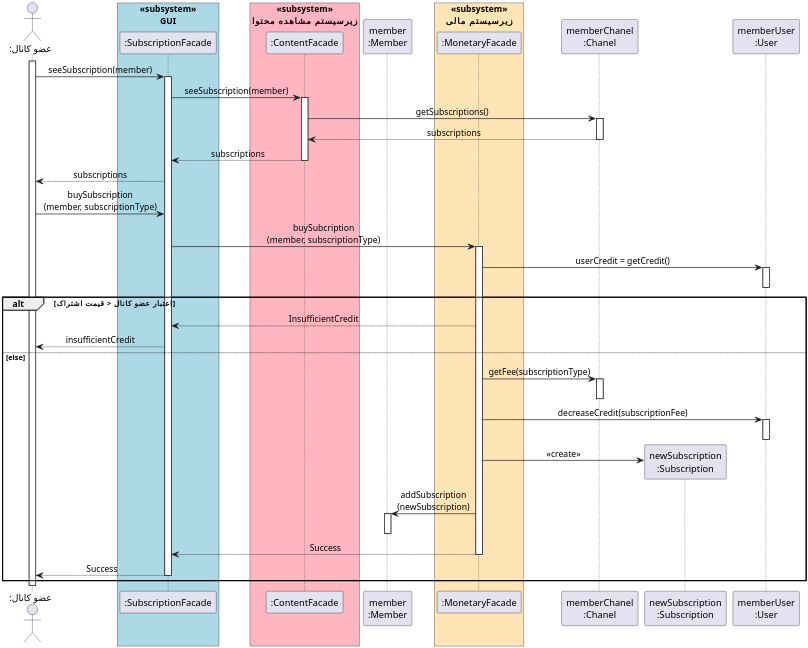
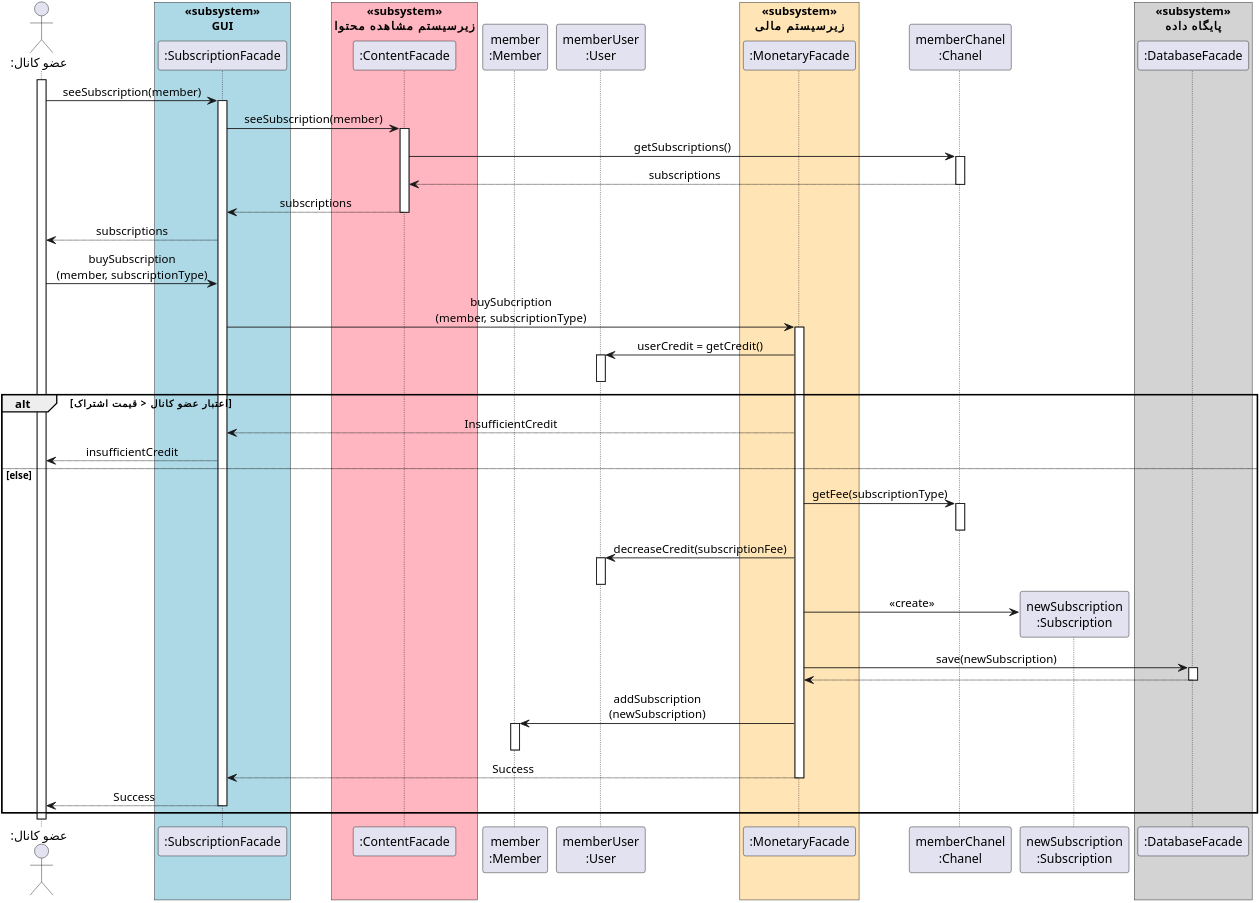
One commit to soleyman79/Qasedak changed the diagram in Diagrams/Design Sequence/BuySubscription.puml. Above: the diagram before and after it, drawn with PlantUML. The commit also changed 2 other files, not shown here.

```diff
--- a/Diagrams/Design Sequence/BuySubscription.puml
+++ b/Diagrams/Design Sequence/BuySubscription.puml
@@ -1,68 +1,75 @@
 @startuml buy_subscription
 
 
-scale 3
+scale 4
 skinparam DefaultFontName Vazir
 skinparam DefaultTextAlignment center
 
 
 actor ":عضو کانال" as member
 box "«subsystem»\nGUI" #LightBlue
 participant ":SubscriptionFacade" as ui
 end box
 box "«subsystem»\nزیرسیستم مشاهده محتوا" #LightPink
 participant ":ContentFacade" as contentFacade
 end box
 participant "member\n:Member" as memberObj
+participant "memberUser\n:User" as user
 box "«subsystem»\nزیرسیستم مالی" #Moccasin
 participant ":MonetaryFacade" as monetary
 end box
 participant "memberChanel\n:Chanel" as chanel
 participant "newSubscription\n:Subscription" as subscription
-participant "memberUser\n:User" as user
+box "«subsystem»\nپایگاه داده" #LightGrey
+participant ":DatabaseFacade" as db
+end box
 
 
 activate member
 member -> ui: seeSubscription(member)
 activate ui
 ui -> contentFacade: seeSubscription(member)
 activate contentFacade
 contentFacade -> chanel: getSubscriptions()
 activate chanel
 chanel --> contentFacade: subscriptions
 deactivate chanel
 contentFacade --> ui: subscriptions
 deactivate contentFacade
 ui --> member: subscriptions
 
 member -> ui: buySubscription\n(member, subscriptionType)
 ui -> monetary: buySubcription\n(member, subscriptionType)
 activate monetary
 monetary -> user: userCredit = getCredit()
 activate user
 deactivate user
 
 alt اعتبار عضو کانال < قیمت اشتراک
     monetary --> ui: InsufficientCredit
     ui --> member: insufficientCredit
 else else
     monetary -> chanel: getFee(subscriptionType)
     activate chanel
     deactivate chanel
     monetary -> user: decreaseCredit(subscriptionFee)
     activate user
     deactivate user
     monetary -> subscription **: «create»
+    monetary -> db: save(newSubscription)
+    activate db
+    db --> monetary
+    deactivate db
     monetary -> memberObj: addSubscription\n(newSubscription)
     activate memberObj
     deactivate memberObj
     monetary --> ui: Success
     deactivate monetary
     ui --> member: Success
     deactivate ui
 end
 
 deactivate member
 
 
 @enduml
```
